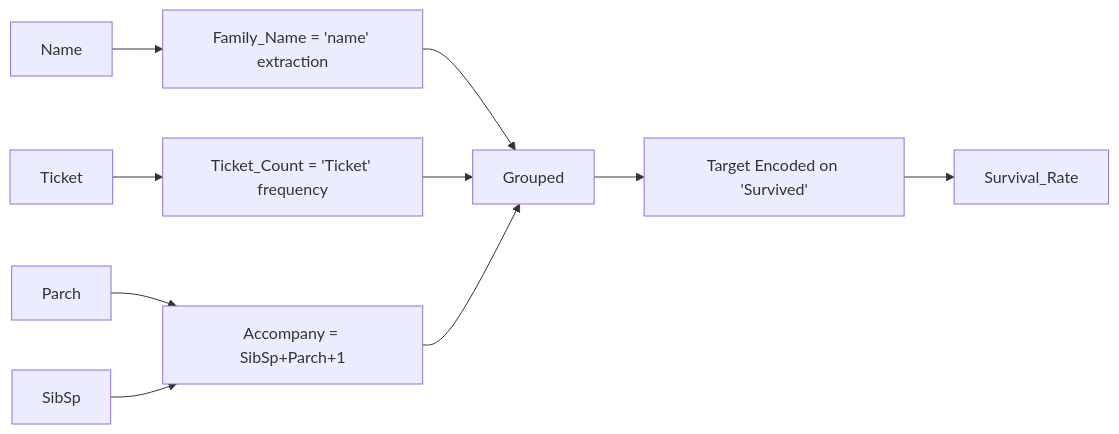
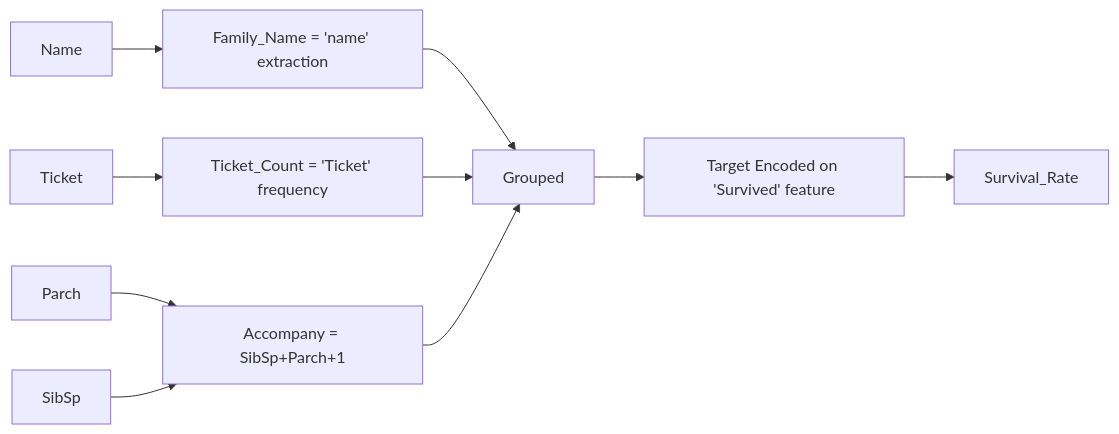
One commit to AlexDaPiggie/Titanic_Survival_Prediction changed the first of 3 diagrams in README.md. Above: the diagram before and after it, drawn with Mermaid.

````diff
--- a/README.md
+++ b/README.md
@@ -85,25 +85,25 @@
 ```mermaid
 flowchart LR 
     Name["Name"]
     Ticket["Ticket"]
     Parch["Parch"]
     SibSp["SibSp"]
     
     Family_Name["Family_Name" = 'name' extraction]
     Ticket_Count["Ticket_Count = 'Ticket' frequency"]
     Accompany["Accompany = SibSp+Parch+1"]
 
     group["Grouped"]
-    target["Target Encoded on 'Survived'"]
+    target["Target Encoded on 'Survived' feature"]
     Survival_Rate["Survival_Rate"]
 
     Name --> Family_Name
     Ticket --> Ticket_Count
     Parch --> Accompany
     SibSp --> Accompany
 
     Family_Name --> group
     Ticket_Count --> group
     Accompany --> group
     group --> target --> Survival_Rate
 ```
````
